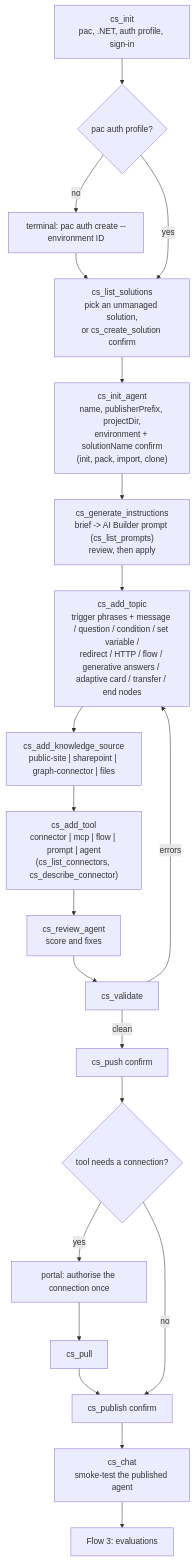
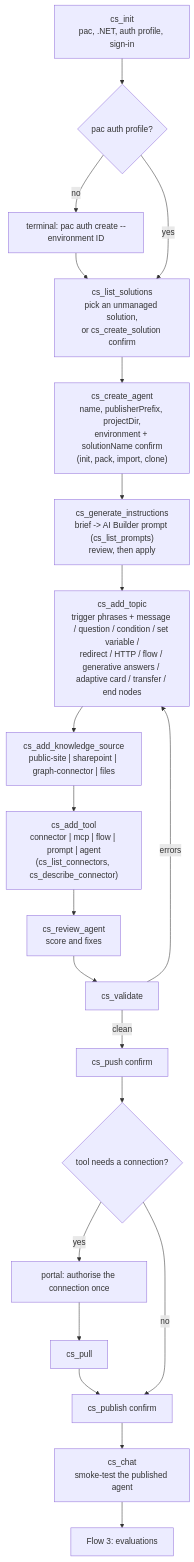
Before and after one commit to jgt87/copilot-studio-mcp: the second of 10 diagrams in docs/flows.md, drawn with Mermaid. The commit also changed other lines of this file and 9 other files, not shown here.

First line of the commit message:
Rename cs_init_agent to cs_create_agent

````diff
--- a/docs/flows.md
+++ b/docs/flows.md
@@ -29,20 +29,20 @@
 ```mermaid
 flowchart TD
     A["cs_init<br/>pac, .NET, auth profile, sign-in"] --> B{"pac auth profile?"}
     B -- no --> B1["terminal: pac auth create --environment ID"] --> S
     B -- yes --> S["cs_list_solutions<br/>pick an unmanaged solution,<br/>or cs_create_solution confirm"]
-    S --> C["cs_init_agent<br/>name, publisherPrefix, projectDir,<br/>environment + solutionName confirm<br/>(init, pack, import, clone)"]
+    S --> C["cs_create_agent<br/>name, publisherPrefix, projectDir,<br/>environment + solutionName confirm<br/>(init, pack, import, clone)"]
     C --> D["cs_generate_instructions<br/>brief -> AI Builder prompt (cs_list_prompts)<br/>review, then apply"]
     D --> E["cs_add_topic<br/>trigger phrases + message / question / condition / set variable /<br/>redirect / HTTP / flow / generative answers / adaptive card / transfer / end nodes"]
     E --> F["cs_add_knowledge_source<br/>public-site | sharepoint | graph-connector | files"]
     F --> G["cs_add_tool<br/>connector | mcp | flow | prompt | agent<br/>(cs_list_connectors, cs_describe_connector)"]
     G --> R["cs_review_agent<br/>score and fixes"]
     R --> H["cs_validate"]
     H -- errors --> E
     H -- clean --> I["cs_push confirm"]
     I --> J{"tool needs a connection?"}
     J -- yes --> J1["portal: authorise the connection once"] --> J2["cs_pull"] --> K
     J -- no --> K["cs_publish confirm"]
     K --> L["cs_chat<br/>smoke-test the published agent"]
     L --> M["Flow 3: evaluations"]
 ```
````
